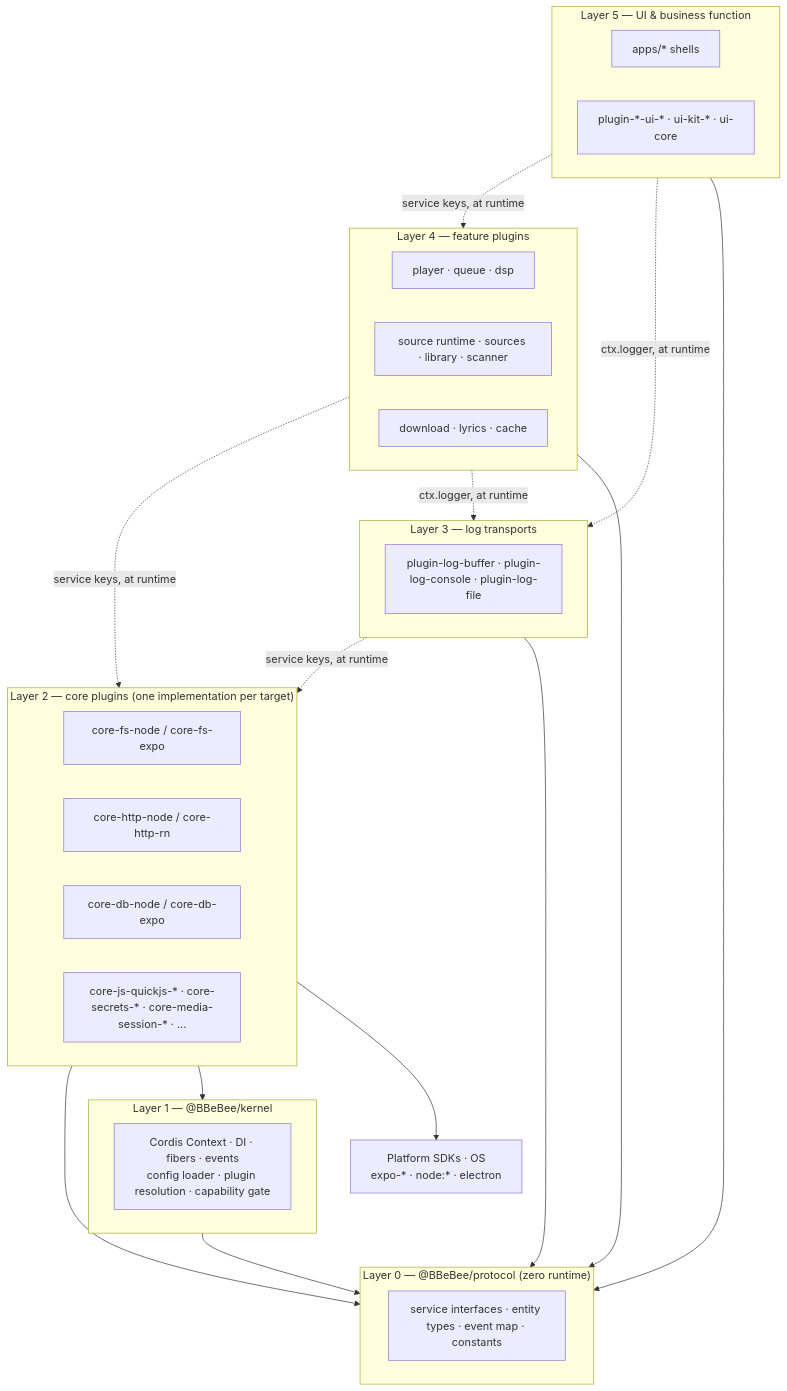
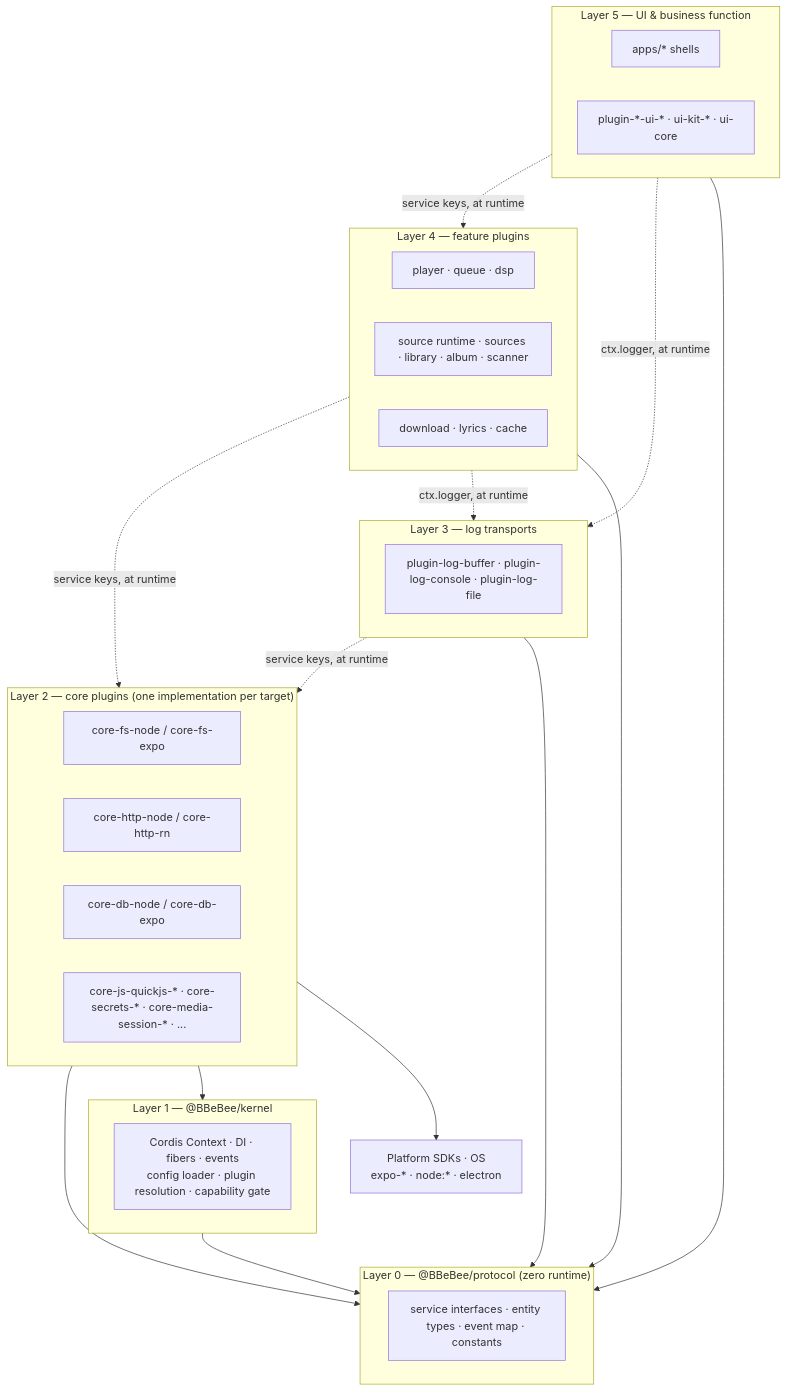
Before and after one commit to BBeBeeX/B_Be_Bee_X: the first of 4 diagrams in docs/02-architecture.md, drawn with Mermaid. The commit also changed other lines of this file and 42 other files, not shown here.

````diff
--- a/docs/02-architecture.md
+++ b/docs/02-architecture.md
@@ -106,41 +106,41 @@
 ```mermaid
 flowchart TD
     subgraph L5["Layer 5 — UI & business function"]
         S["apps/* shells"]
         V["plugin-*-ui-* · ui-kit-* · ui-core"]
     end
     subgraph L4["Layer 4 — feature plugins"]
         F1["player · queue · dsp"]
-        F2["source runtime · sources · library · scanner"]
+        F2["source runtime · sources · library · album · scanner"]
         F3["download · lyrics · cache"]
     end
     subgraph L3["Layer 3 — log transports"]
         G["plugin-log-buffer · plugin-log-console · plugin-log-file"]
     end
     subgraph L2["Layer 2 — core plugins (one implementation per target)"]
         C1["core-fs-node / core-fs-expo"]
         C2["core-http-node / core-http-rn"]
         C3["core-db-node / core-db-expo"]
         C4["core-js-quickjs-* · core-secrets-* · core-media-session-* · ..."]
     end
     subgraph L1["Layer 1 — @BBeBee/kernel"]
         K["Cordis Context · DI · fibers · events<br/>config loader · plugin resolution · capability gate"]
     end
     subgraph L0["Layer 0 — @BBeBee/protocol (zero runtime)"]
         P["service interfaces · entity types · event map · constants"]
     end
     SYS["Platform SDKs · OS<br/>expo-* · node:* · electron"]
 
     L5 -.->|"service keys, at runtime"| L4
     L5 -.->|"ctx.logger, at runtime"| L3
     L4 -.->|"service keys, at runtime"| L2
     L4 -.->|"ctx.logger, at runtime"| L3
     L3 -.->|"service keys, at runtime"| L2
     L5 --> L0
     L4 --> L0
     L3 --> L0
     L2 --> L0
     L1 --> L0
     L2 --> L1
     L2 --> SYS
 ```
````
